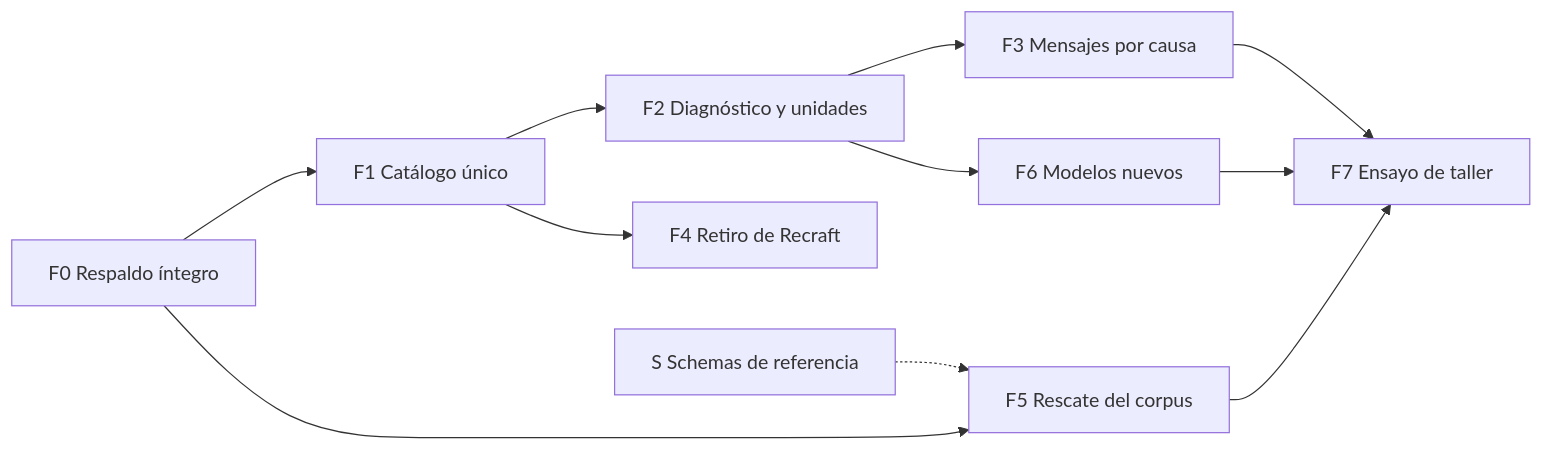
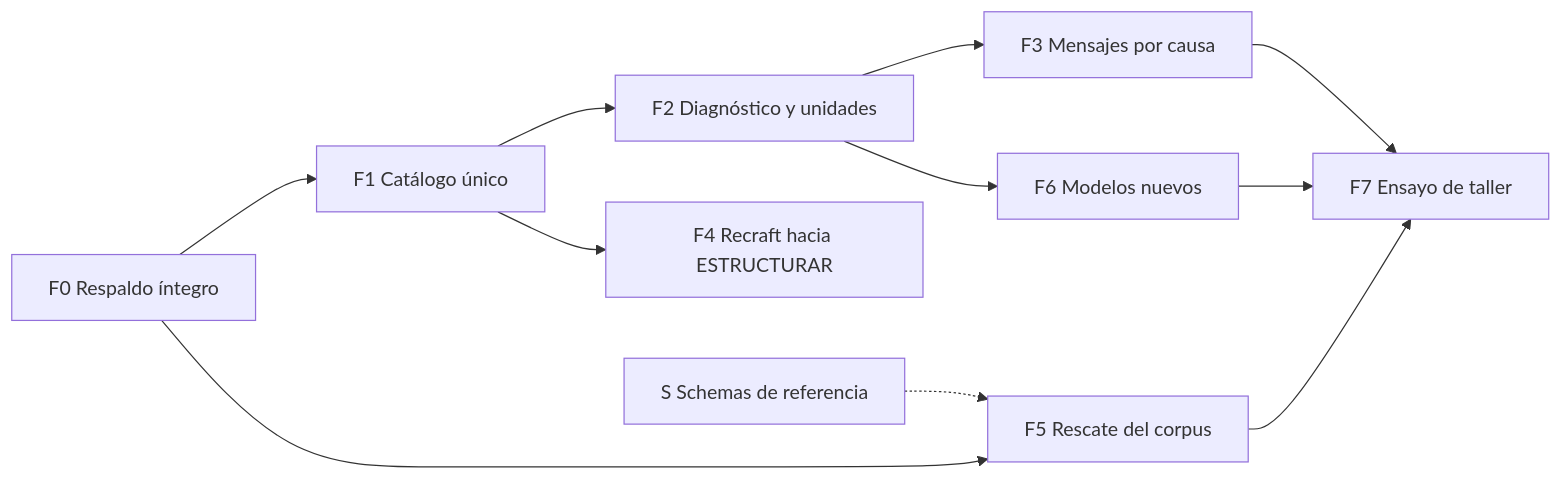
One commit to hspencer/pictos-net changed the diagram in docs/PLAN_GENERACION_2026-10.md. Above: the diagram before and after it, drawn with Mermaid. The commit also changed other lines of this file and 1 other file, not shown here.

First line of the commit message:
docs(generation): keep Recraft in PRODUCIR

````diff
--- a/docs/PLAN_GENERACION_2026-10.md
+++ b/docs/PLAN_GENERACION_2026-10.md
@@ -30,13 +30,13 @@
 ```mermaid
 flowchart LR
   F0[F0 Respaldo íntegro] --> F1[F1 Catálogo único]
   F1 --> F2[F2 Diagnóstico y unidades]
   F2 --> F3[F3 Mensajes por causa]
-  F1 --> F4[F4 Retiro de Recraft]
+  F1 --> F4[F4 Recraft hacia ESTRUCTURAR]
   F0 --> F5[F5 Rescate del corpus]
   F2 --> F6[F6 Modelos nuevos]
   F3 --> F7[F7 Ensayo de taller]
   F5 --> F7
   F6 --> F7
   S[S Schemas de referencia] -.-> F5
 ```
````
